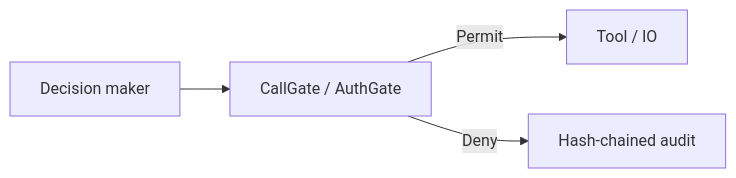
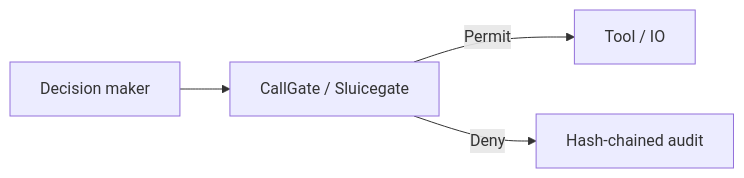
The diagram in README.md (Aliipou/authgate-kernel), drawn with Mermaid before and after one commit. The commit also changed other lines of this file and 50 other files, not shown here.

````diff
--- a/README.md
+++ b/README.md
@@ -19,6 +21,6 @@
 ```mermaid
 flowchart LR
-  D[Decision maker] --> G[CallGate / AuthGate]
+  D[Decision maker] --> G[CallGate / Sluicegate]
   G -->|Permit| IO[Tool / IO]
   G -->|Deny| A[Hash-chained audit]
 ```
````
